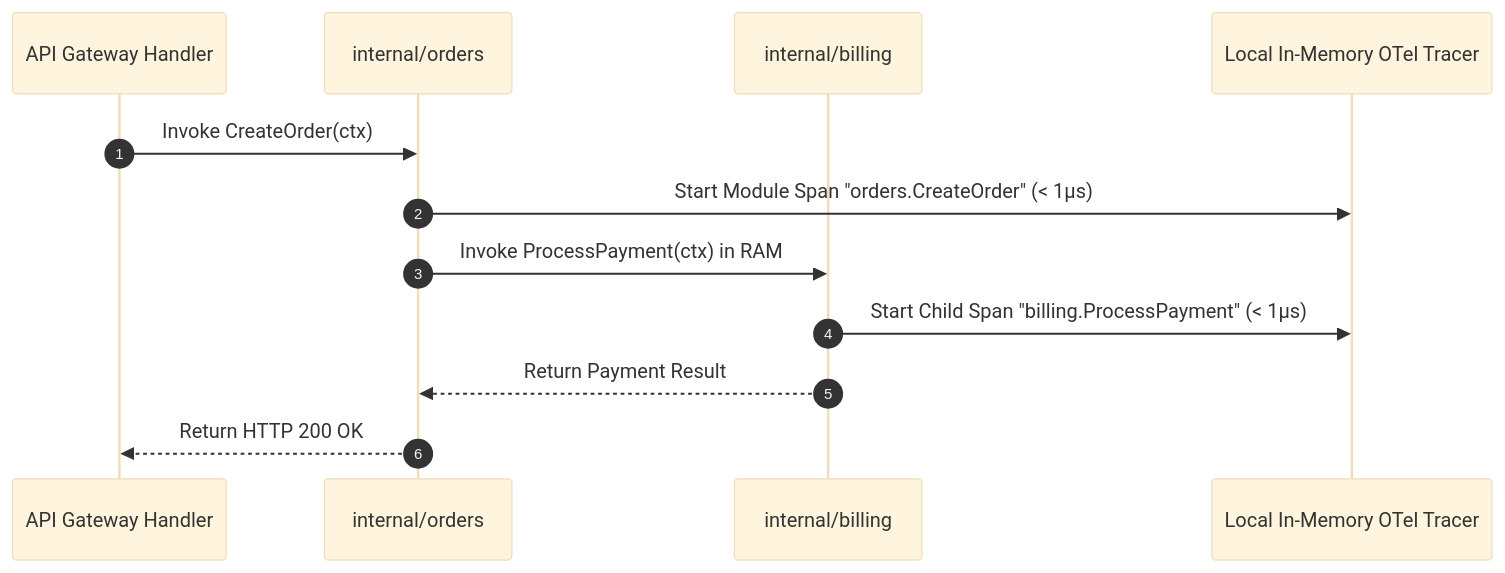
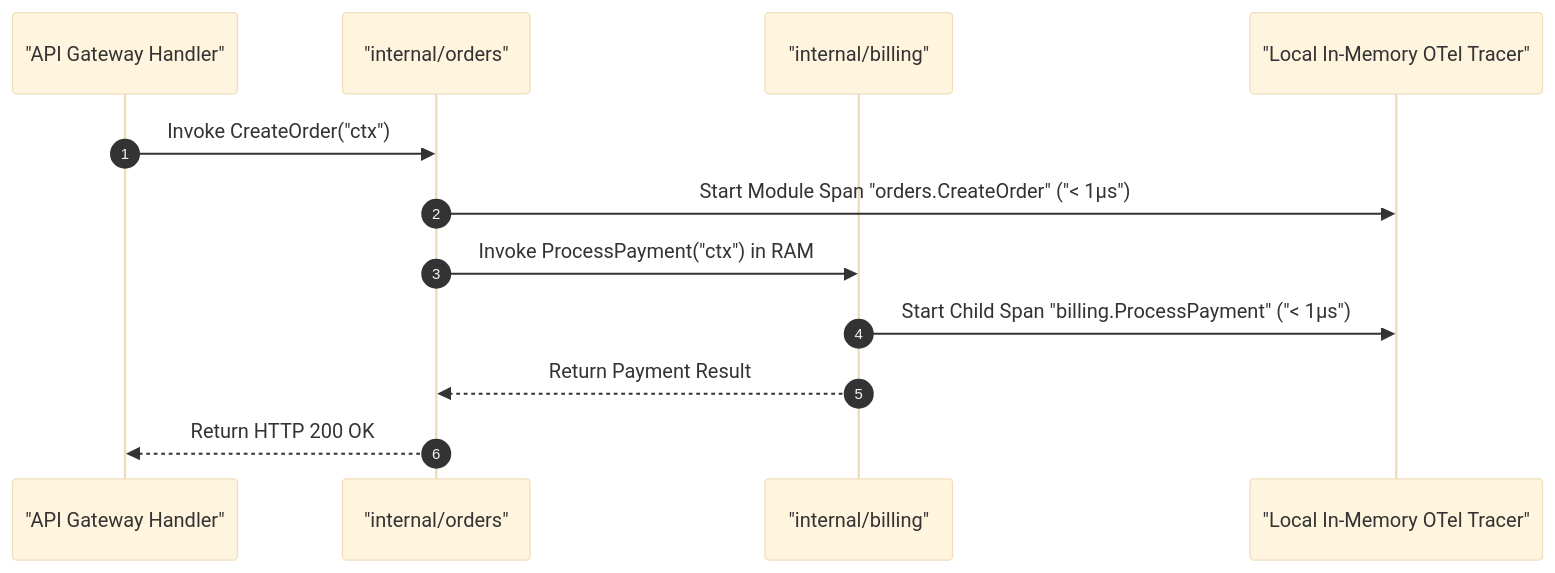
One commit to vesviet/vesviet changed the diagram in content/series/modular-monolith-architecture/part-5-observability.md. Above: the diagram before and after it, drawn with Mermaid (base theme). The commit also changed other lines of this file and 331 other files, not shown here.

````diff
--- a/content/series/modular-monolith-architecture/part-5-observability.md
+++ b/content/series/modular-monolith-architecture/part-5-observability.md
@@ -38,15 +40,15 @@
 ```mermaid
 sequenceDiagram
     autonumber
-    participant Gateway as API Gateway Handler
-    participant Orders as internal/orders
-    participant Billing as internal/billing
-    participant OTel as Local In-Memory OTel Tracer
+    participant Gateway as "API Gateway Handler"
+    participant Orders as "internal/orders"
+    participant Billing as "internal/billing"
+    participant OTel as "Local In-Memory OTel Tracer"
     
-    Gateway->>Orders: Invoke CreateOrder(ctx)
-    Orders->>OTel: Start Module Span "orders.CreateOrder" (< 1µs)
-    Orders->>Billing: Invoke ProcessPayment(ctx) in RAM
-    Billing->>OTel: Start Child Span "billing.ProcessPayment" (< 1µs)
+    Gateway->>Orders: Invoke CreateOrder("ctx")
+    Orders->>OTel: Start Module Span "orders.CreateOrder" ("< 1µs")
+    Orders->>Billing: Invoke ProcessPayment("ctx") in RAM
+    Billing->>OTel: Start Child Span "billing.ProcessPayment" ("< 1µs")
     Billing-->>Orders: Return Payment Result
     Orders-->>Gateway: Return HTTP 200 OK
 ```
````
